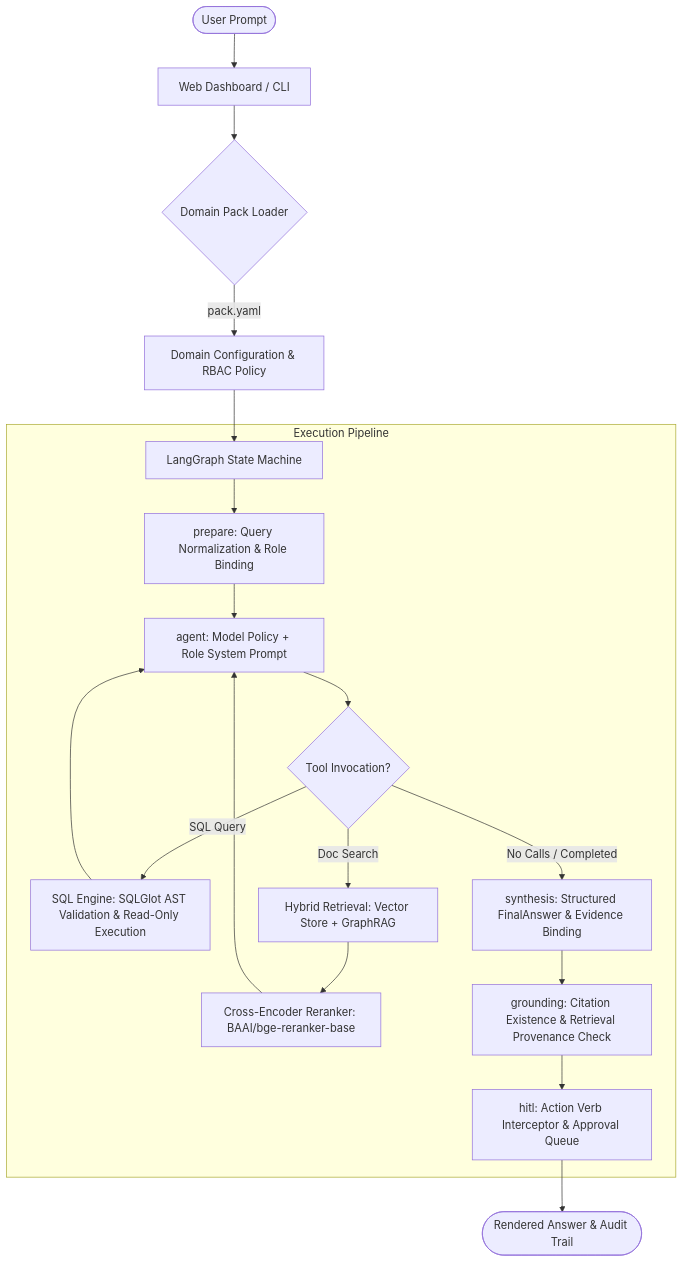
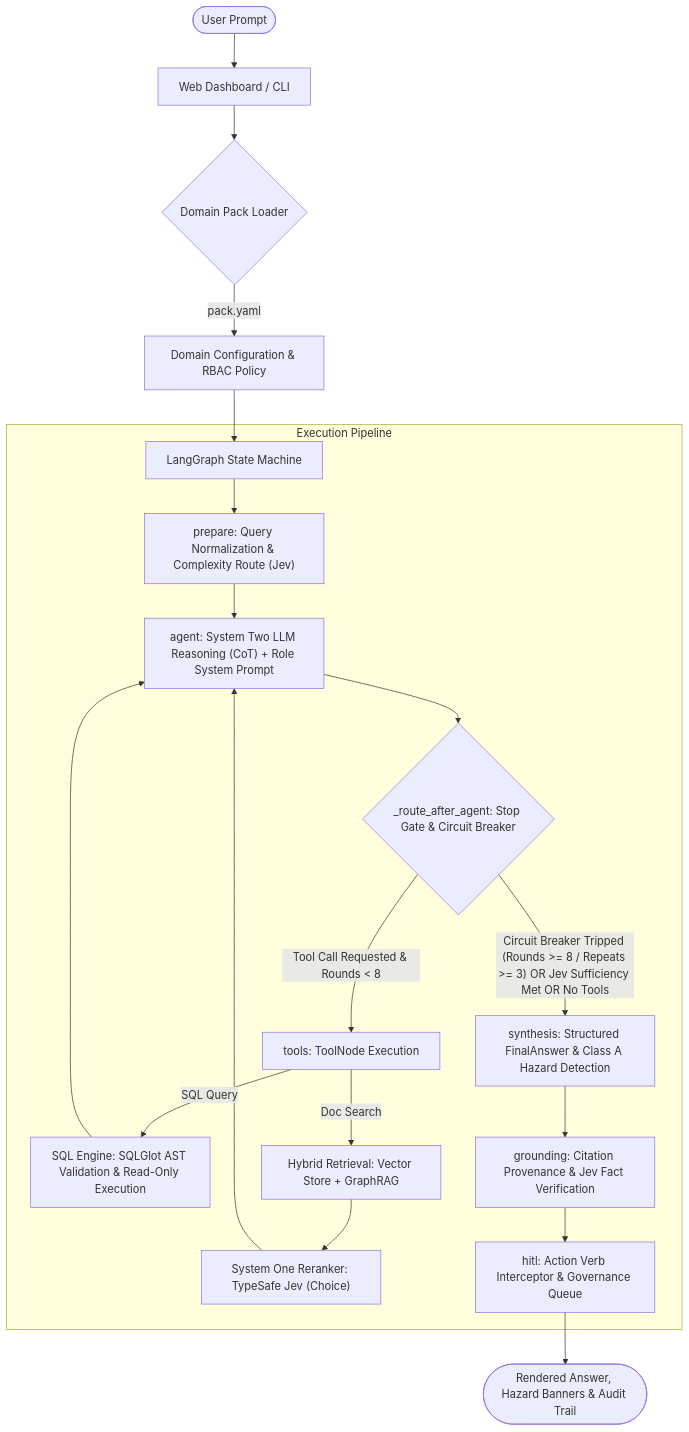
One commit to SophiaSama/Manufacturing-Assistant-Agent-Framework changed the diagram in README.md. Above: the diagram before and after it, drawn with Mermaid. The commit also changed other lines of this file and 7 other files, not shown here.

Commit message:
feat: Integrate TypeSafe AI Jev for evidence sufficiency and token telemetry

````diff
--- a/README.md
+++ b/README.md
@@ -36,27 +36,28 @@
 ```mermaid
 graph TD
-    User([User Prompt]) --> UI[Web Dashboard / CLI]
-    UI --> DomainRouter{Domain Pack Loader}
-    DomainRouter -- pack.yaml --> Config[Domain Configuration & RBAC Policy]
+    User(["User Prompt"]) --> UI["Web Dashboard / CLI"]
+    UI --> DomainRouter{"Domain Pack Loader"}
+    DomainRouter -- "pack.yaml" --> Config["Domain Configuration & RBAC Policy"]
     
-    Config --> Orchestrator[LangGraph State Machine]
+    Config --> Orchestrator["LangGraph State Machine"]
     
     subgraph Execution Pipeline
-        Orchestrator --> Prep[prepare: Query Normalization & Role Binding]
-        Prep --> Agt[agent: Model Policy + Role System Prompt]
-        Agt --> Tools{Tool Invocation?}
+        Orchestrator --> Prep["prepare: Query Normalization & Complexity Route (Jev)"]
+        Prep --> Agt["agent: System Two LLM Reasoning (CoT) + Role System Prompt"]
+        Agt --> Router{"_route_after_agent: Stop Gate & Circuit Breaker"}
         
-        Tools -- SQL Query --> SQLTool[SQL Engine: SQLGlot AST Validation & Read-Only Execution]
-        Tools -- Doc Search --> HybridRetr[Hybrid Retrieval: Vector Store + GraphRAG]
-        HybridRetr --> Reranker[Cross-Encoder Reranker: BAAI/bge-reranker-base]
+        Router -- "Tool Call Requested & Rounds < 8" --> Tools["tools: ToolNode Execution"]
+        Tools -- "SQL Query" --> SQLTool["SQL Engine: SQLGlot AST Validation & Read-Only Execution"]
+        Tools -- "Doc Search" --> HybridRetr["Hybrid Retrieval: Vector Store + GraphRAG"]
+        HybridRetr --> JevRerank["System One Reranker: TypeSafe Jev (Choice)"]
         
         SQLTool --> Agt
-        Reranker --> Agt
+        JevRerank --> Agt
         
-        Tools -- No Calls / Completed --> Synth[synthesis: Structured FinalAnswer & Evidence Binding]
-        Synth --> Grounding[grounding: Citation Existence & Retrieval Provenance Check]
-        Grounding --> HITL[hitl: Action Verb Interceptor & Approval Queue]
+        Router -- "Circuit Breaker Tripped (Rounds >= 8 / Repeats >= 3) OR Jev Sufficiency Met OR No Tools" --> Synth["synthesis: Structured FinalAnswer & Class A Hazard Detection"]
+        Synth --> Grounding["grounding: Citation Provenance & Jev Fact Verification"]
+        Grounding --> HITL["hitl: Action Verb Interceptor & Governance Queue"]
     end
     
-    HITL --> Output([Rendered Answer & Audit Trail])
+    HITL --> Output(["Rendered Answer, Hazard Banners & Audit Trail"])
 ```
````
